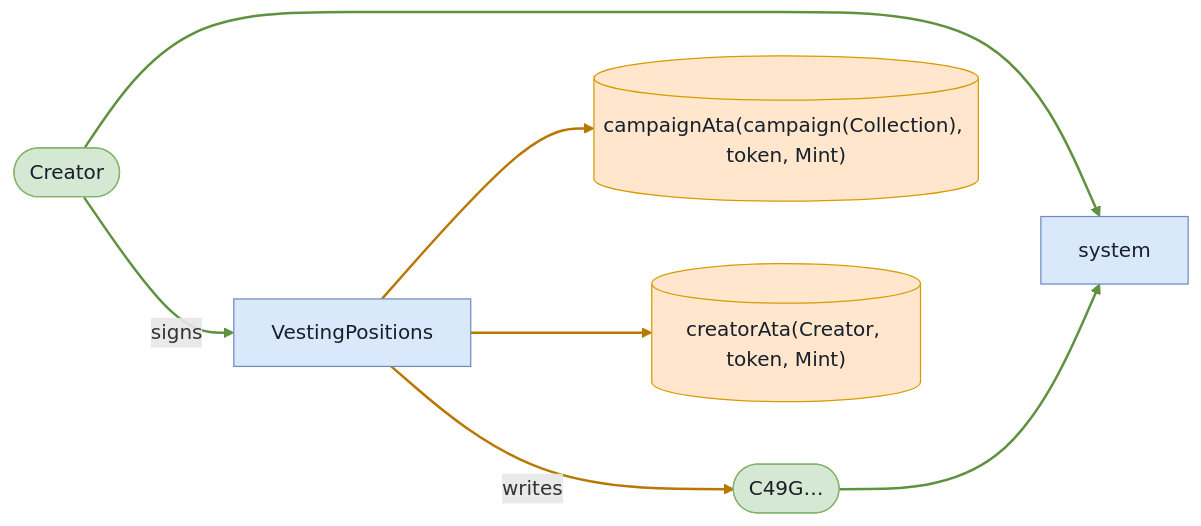
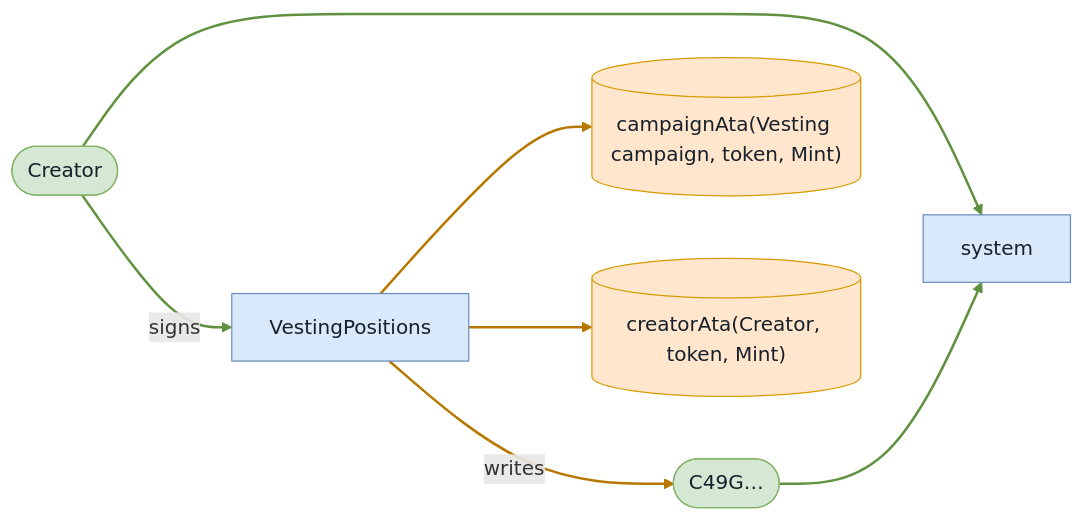
The fifth of 6 diagrams in babelfish-tests/test-report/clawback_unclaimed_before_grace_fails.md (cds-turbin3/vesting-position), drawn with Mermaid before and after one commit. The commit also changed other lines of this file and 104 other files, not shown here.

````diff
--- a/babelfish-tests/test-report/clawback_unclaimed_before_grace_fails.md
+++ b/babelfish-tests/test-report/clawback_unclaimed_before_grace_fails.md
@@ -222,20 +222,20 @@
 ```mermaid
 flowchart LR
     VestingPositions["VestingPositions"]:::program
     Creator(["Creator"]):::signer
     C49G(["C49G…"]):::signer
-    campaignAtacampaignCollectiontokenMint[("campaignAta(campaign(Collection), token, Mint)")]:::state
+    campaignAtaVestingcampaigntokenMint[("campaignAta(Vesting campaign, token, Mint)")]:::state
     creatorAtaCreatortokenMint[("creatorAta(Creator, token, Mint)")]:::state
     system["system"]:::program
     Creator -->|signs| VestingPositions
     VestingPositions -->|writes| C49G
-    VestingPositions --> campaignAtacampaignCollectiontokenMint
+    VestingPositions --> campaignAtaVestingcampaigntokenMint
     VestingPositions --> creatorAtaCreatortokenMint
     Creator --> system
     C49G --> system
     classDef program fill:#dae8fc,stroke:#6c8ebf,color:#17202a;
     classDef signer fill:#d5e8d4,stroke:#82b366,color:#17202a;
     classDef state fill:#ffe6cc,stroke:#d79b00,color:#17202a;
     linkStyle 0,4,5 stroke:#5f913f,stroke-width:2px
     linkStyle 1,2,3 stroke:#b87800,stroke-width:2px
 ```
````
